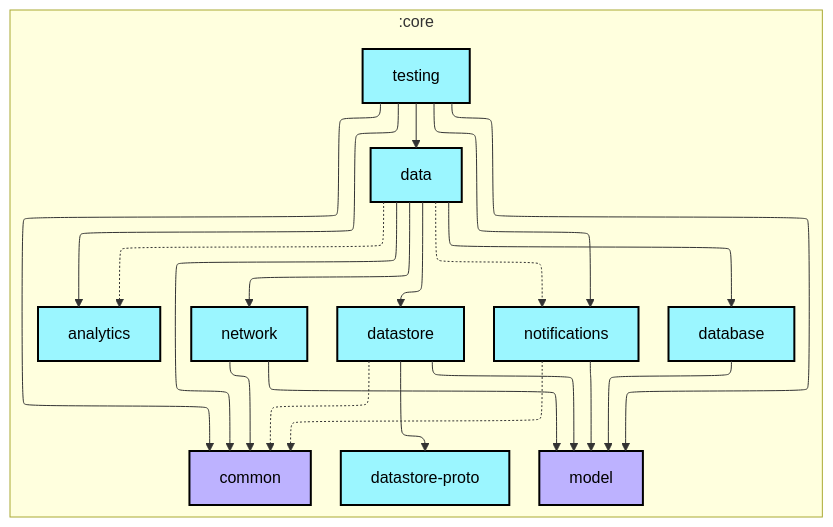
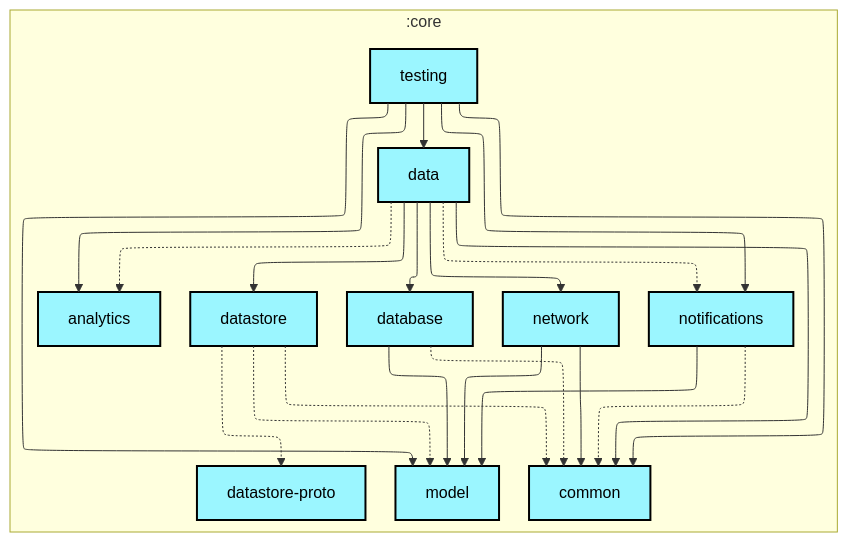
Before and after one commit to lihenggui/nowinkmp: the first of 2 diagrams in core/testing/README.md, drawn with Mermaid. The commit also changed other lines of this file and 29 other files, not shown here.

First line of the commit message:
Fix graphUpdate configuration cache compatibility

````diff
--- a/core/testing/README.md
+++ b/core/testing/README.md
@@ -6,49 +6,50 @@
 ```mermaid
 ---
 config:
   layout: elk
   elk:
     nodePlacementStrategy: SIMPLE
 ---
 graph TB
   subgraph :core
     direction TB
-    :core:analytics[analytics]:::android-library
-    :core:common[common]:::jvm-library
-    :core:data[data]:::android-library
-    :core:database[database]:::android-library
-    :core:datastore[datastore]:::android-library
-    :core:datastore-proto[datastore-proto]:::android-library
-    :core:model[model]:::jvm-library
-    :core:network[network]:::android-library
-    :core:notifications[notifications]:::android-library
-    :core:testing[testing]:::android-library
+    :core:analytics[analytics]:::kmp-library
+    :core:common[common]:::kmp-library
+    :core:data[data]:::kmp-library
+    :core:database[database]:::kmp-library
+    :core:datastore[datastore]:::kmp-library
+    :core:datastore-proto[datastore-proto]:::kmp-library
+    :core:model[model]:::kmp-library
+    :core:network[network]:::kmp-library
+    :core:notifications[notifications]:::kmp-library
+    :core:testing[testing]:::kmp-library
   end
 
   :core:data -.-> :core:analytics
   :core:data --> :core:common
   :core:data --> :core:database
   :core:data --> :core:datastore
   :core:data --> :core:network
   :core:data -.-> :core:notifications
+  :core:database -.-> :core:common
   :core:database --> :core:model
   :core:datastore -.-> :core:common
-  :core:datastore --> :core:datastore-proto
-  :core:datastore --> :core:model
+  :core:datastore -.-> :core:datastore-proto
+  :core:datastore -.-> :core:model
   :core:network --> :core:common
   :core:network --> :core:model
   :core:notifications -.-> :core:common
   :core:notifications --> :core:model
   :core:testing --> :core:analytics
   :core:testing --> :core:common
   :core:testing --> :core:data
   :core:testing --> :core:model
   :core:testing --> :core:notifications
 
-classDef android-application fill:#CAFFBF,stroke:#000,stroke-width:2px,color:#000;
-classDef android-feature fill:#FFD6A5,stroke:#000,stroke-width:2px,color:#000;
-classDef android-library fill:#9BF6FF,stroke:#000,stroke-width:2px,color:#000;
+classDef cmp-application fill:#CAFFBF,stroke:#000,stroke-width:2px,color:#000;
+classDef cmp-feature fill:#FFD6A5,stroke:#000,stroke-width:2px,color:#000;
+classDef kmp-library fill:#9BF6FF,stroke:#000,stroke-width:2px,color:#000;
+classDef jvm-library fill:#BDB2FF,stroke:#000,stroke-width:2px,color:#000;
 classDef android-test fill:#A0C4FF,stroke:#000,stroke-width:2px,color:#000;
-classDef jvm-library fill:#BDB2FF,stroke:#000,stroke-width:2px,color:#000;
 classDef unknown fill:#FFADAD,stroke:#000,stroke-width:2px,color:#000;
 ```
````
